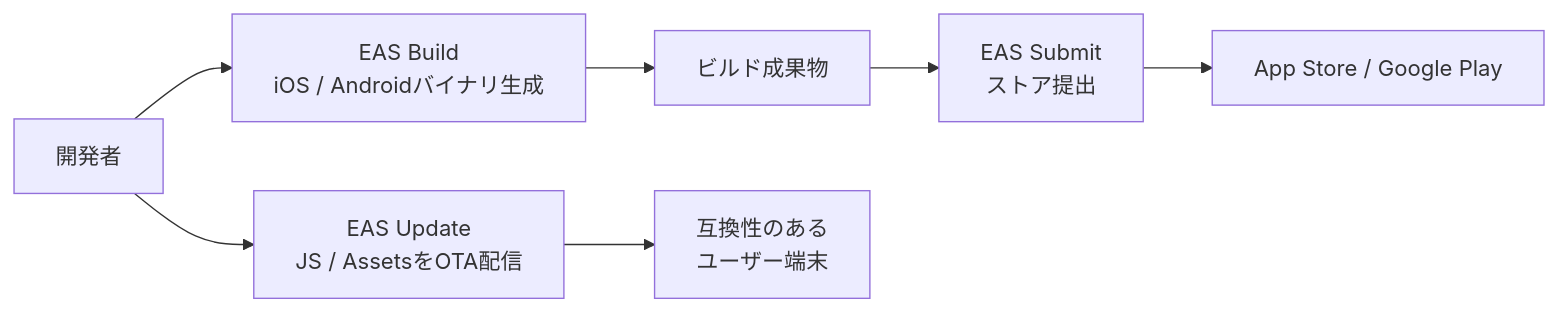
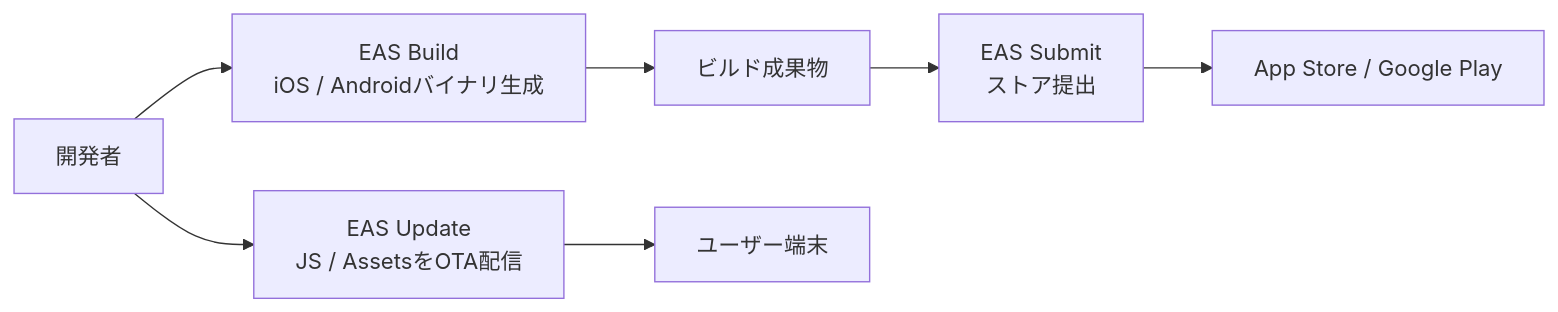
The third of 4 diagrams in articles/rn-devmap-in-2026.md (x1a0q1/zenn-contents), drawn with Mermaid before and after one commit. The commit also changed other lines of this file, not shown here.

````diff
--- a/articles/rn-devmap-in-2026.md
+++ b/articles/rn-devmap-in-2026.md
@@ -224,9 +221,9 @@
 ```mermaid
 flowchart LR
   Dev[開発者] --> Build[EAS Build<br/>iOS / Androidバイナリ生成]
   Build --> Artifact[ビルド成果物]
   Artifact --> Submit[EAS Submit<br/>ストア提出]
   Submit --> Store[App Store / Google Play]
   Dev --> Update[EAS Update<br/>JS / AssetsをOTA配信]
-  Update --> Users[互換性のある<br/>ユーザー端末]
+  Update --> Users[ユーザー端末]
 ```
````
